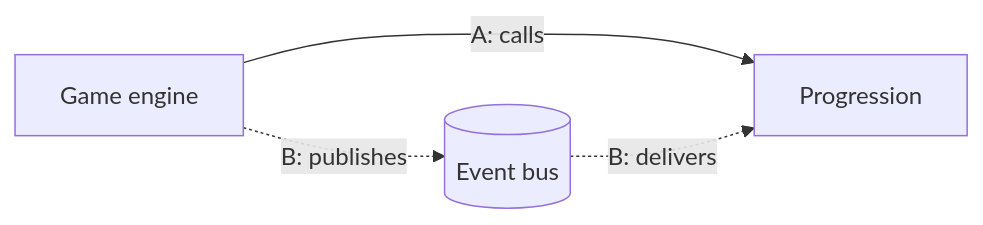
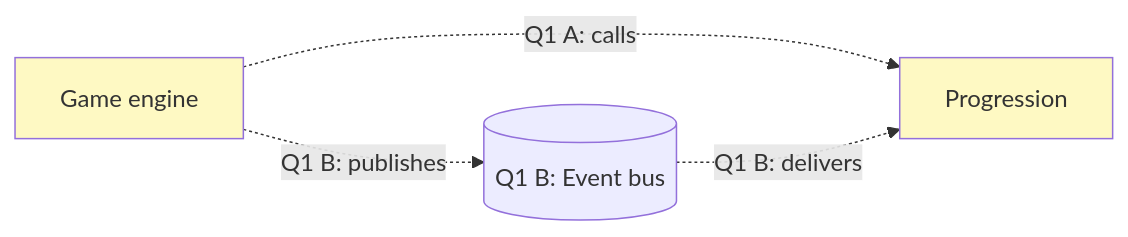
One commit to Silthus/agent-skills changed the diagram in skills/orchestration/architecture/SKILL.md. Above: the diagram before and after it, drawn with Mermaid. The commit also changed other lines of this file and 1 other file, not shown here.

First line of the commit message:
feat(architecture): show each round in the thread and evolve one diagram per rung

````diff
--- a/skills/orchestration/architecture/SKILL.md
+++ b/skills/orchestration/architecture/SKILL.md
@@ -47,9 +58,14 @@
 ```mermaid
 flowchart LR
   Engine[Game engine]
   Progression[Progression]
-  Bus[(Event bus)]
-  Engine -- "A: calls" --> Progression
-  Engine -. "B: publishes" .-> Bus
-  Bus -. "B: delivers" .-> Progression
+  Bus[("Q1 B: Event bus")]
+  Engine -. "Q1 A: calls" .-> Progression
+  Engine -. "Q1 B: publishes" .-> Bus
+  Bus -. "Q1 B: delivers" .-> Progression
+  classDef changed fill:#fef9c3
+  classDef new fill:#dcfce7
+  classDef fork stroke-dasharray:2 3
+  class Engine,Progression changed
+  class Bus new,fork
 ```
````
